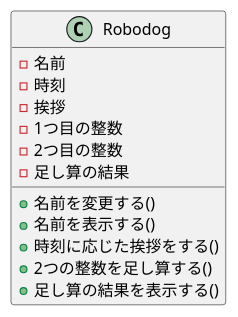
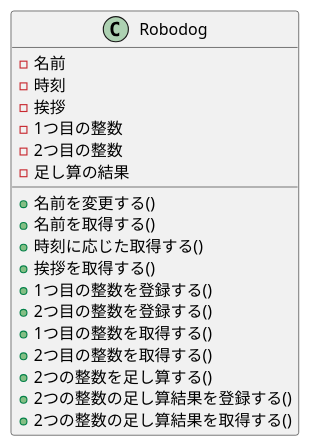
Before and after one commit to FujikawaHirono0520/group3_1_dogdog: the diagram in changename_class.pu, drawn with PlantUML.

Commit message:
クラス図修正

```diff
--- a/changename_class.pu
+++ b/changename_class.pu
@@ -1,19 +1,25 @@
 @startuml .
 
 class Robodog {
   - 名前
   - 時刻
   ' 挨拶はdictで管理
   - 挨拶
   - 1つ目の整数
   - 2つ目の整数
   - 足し算の結果
 
   + 名前を変更する()
-  + 名前を表示する()
-  + 時刻に応じた挨拶をする()
+  + 名前を取得する()
+  + 時刻に応じた取得する()
+  + 挨拶を取得する()
+  + 1つ目の整数を登録する()
+  + 2つ目の整数を登録する()
+  + 1つ目の整数を取得する()
+  + 2つ目の整数を取得する()
   + 2つの整数を足し算する()
-  + 足し算の結果を表示する()
+  + 2つの整数の足し算結果を登録する()
+  + 2つの整数の足し算結果を取得する()
 }
 
 @enduml
```
